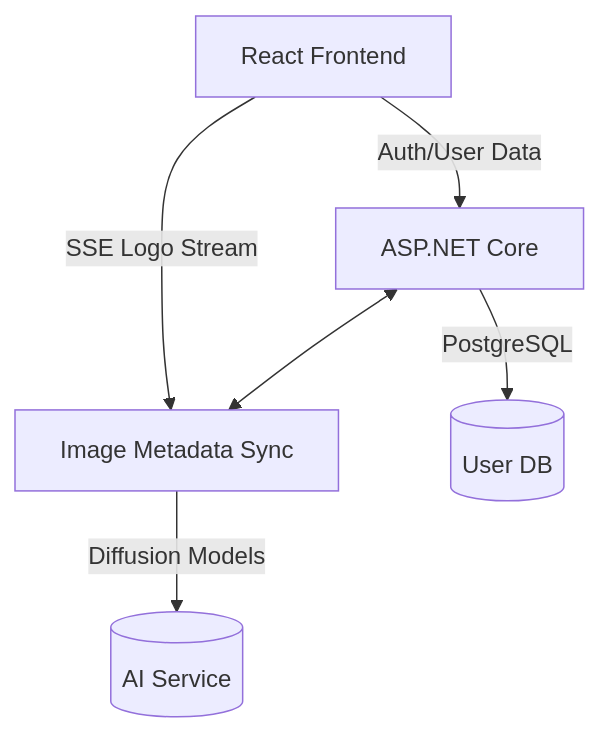
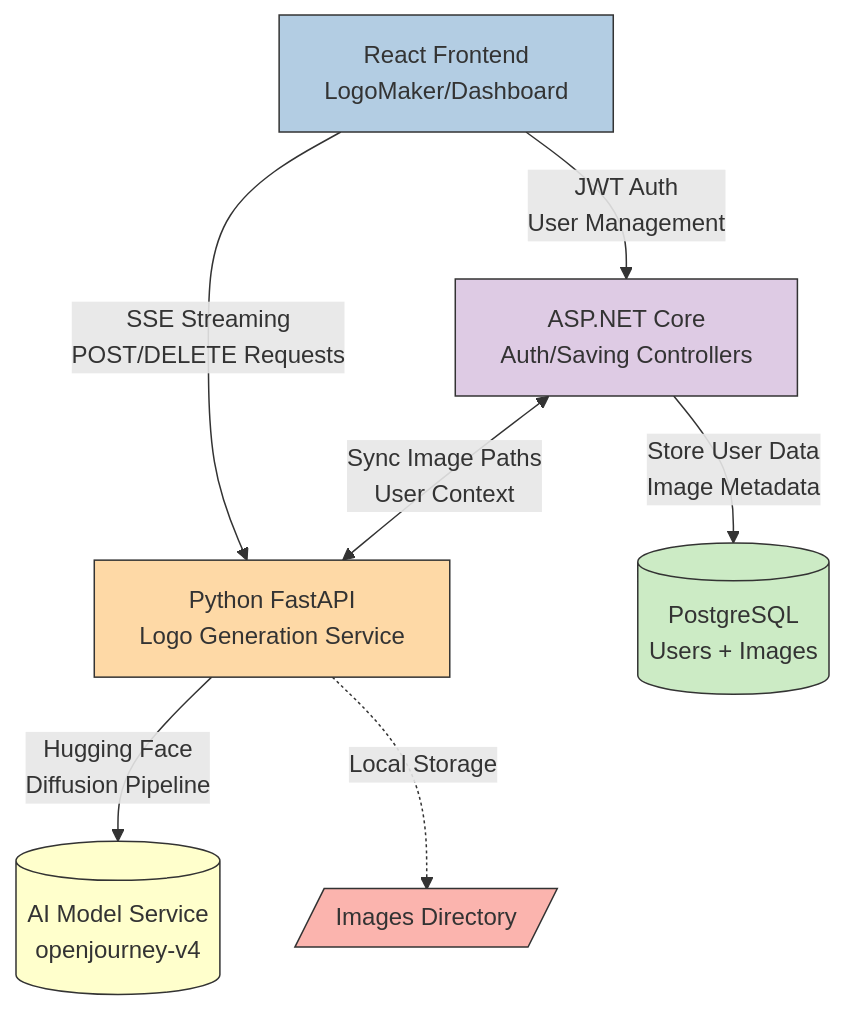
Before and after one commit to iratansh/Pulse-Stream: the diagram in Logo Spark/README.md, drawn with Mermaid.

````diff
--- a/Logo Spark/README.md
+++ b/Logo Spark/README.md
@@ -39,8 +39,23 @@
 ```mermaid
 graph TD
-  A[React Frontend] -->|Auth/User Data| B[ASP.NET Core]
-  A -->|SSE Logo Stream| C[Python FastAPI]
-  B -->|PostgreSQL| D[(User DB)]
-  C -->|Diffusion Models| E[(AI Service)]
-  B <--> C[Image Metadata Sync]
+  A[React Frontend<br>LogoMaker/Dashboard] -->|JWT Auth<br>User Management| B[ASP.NET Core<br>Auth/Saving Controllers]
+  A -->|SSE Streaming<br>POST/DELETE Requests| C[Python FastAPI<br>Logo Generation Service]
+  B -->|Store User Data<br>Image Metadata| D[(PostgreSQL<br>Users + Images)]
+  C -->|Hugging Face<br>Diffusion Pipeline| E[(AI Model Service<br>openjourney-v4)]
+  B <-->|Sync Image Paths<br>User Context| C
+  C -.->|Local Storage| F[/Images Directory/]
+
+  style A fill:#b3cde3,stroke:#333
+  style B fill:#decbe4,stroke:#333
+  style C fill:#fed9a6,stroke:#333
+  style D fill:#ccebc5,stroke:#333
+  style E fill:#ffffcc,stroke:#333
+  style F fill:#fbb4ae,stroke:#333
+
+  classDef database fill:#ccebc5,stroke:#333
+  classDef ai fill:#ffffcc,stroke:#333
+  classDef storage fill:#fbb4ae,stroke:#333
+  class D database
+  class E ai
+  class F storage
 ```
````
